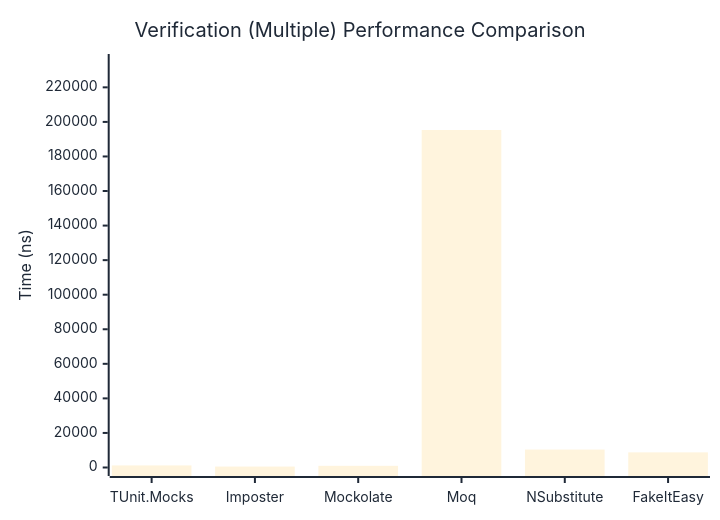
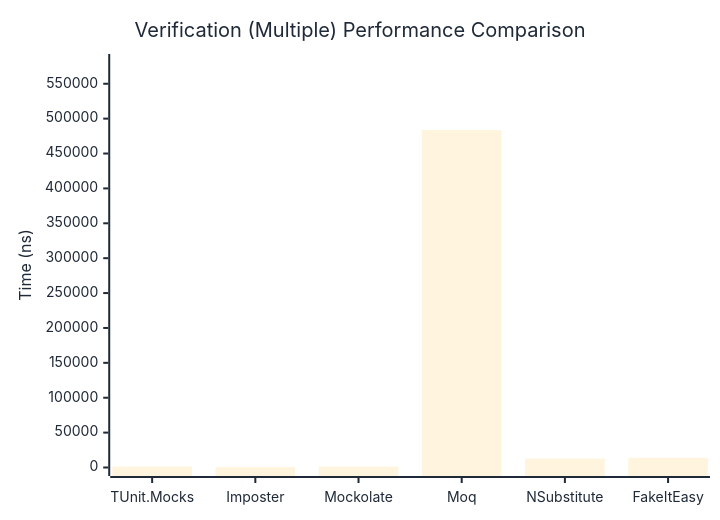
Before and after one commit to thomhurst/TUnit: the third of 3 diagrams in docs/docs/benchmarks/mocks/Verification.md, drawn with Mermaid. The commit also changed other lines of this file and 14 other files, not shown here.

````diff
--- a/docs/docs/benchmarks/mocks/Verification.md
+++ b/docs/docs/benchmarks/mocks/Verification.md
@@ -112,27 +112,27 @@
 ```mermaid
 %%{init: {
   'theme':'base',
   'themeVariables': {
     'primaryColor': '#2563eb',
     'primaryTextColor': '#1f2937',
     'primaryBorderColor': '#1e40af',
     'lineColor': '#6b7280',
     'secondaryColor': '#7c3aed',
     'tertiaryColor': '#dc2626',
     'background': '#ffffff',
     'pie1': '#2563eb',
     'pie2': '#7c3aed',
     'pie3': '#dc2626',
     'pie4': '#f59e0b',
     'pie5': '#10b981',
     'pie6': '#06b6d4',
     'pie7': '#ec4899',
     'pie8': '#6366f1'
   }
 }}%%
 xychart-beta
   title "Verification (Multiple) Performance Comparison"
   x-axis ["TUnit.Mocks", "Imposter", "Mockolate", "Moq", "NSubstitute", "FakeItEasy"]
-  y-axis "Time (ns)" 0 --> 234377
-  bar [1198.15, 544.14, 977.9, 195313.79, 10388.04, 8756.43]
+  y-axis "Time (ns)" 0 --> 580456
+  bar [1285.78, 583.38, 1114.88, 483713.32, 12865.53, 13879.24]
 ```
````
